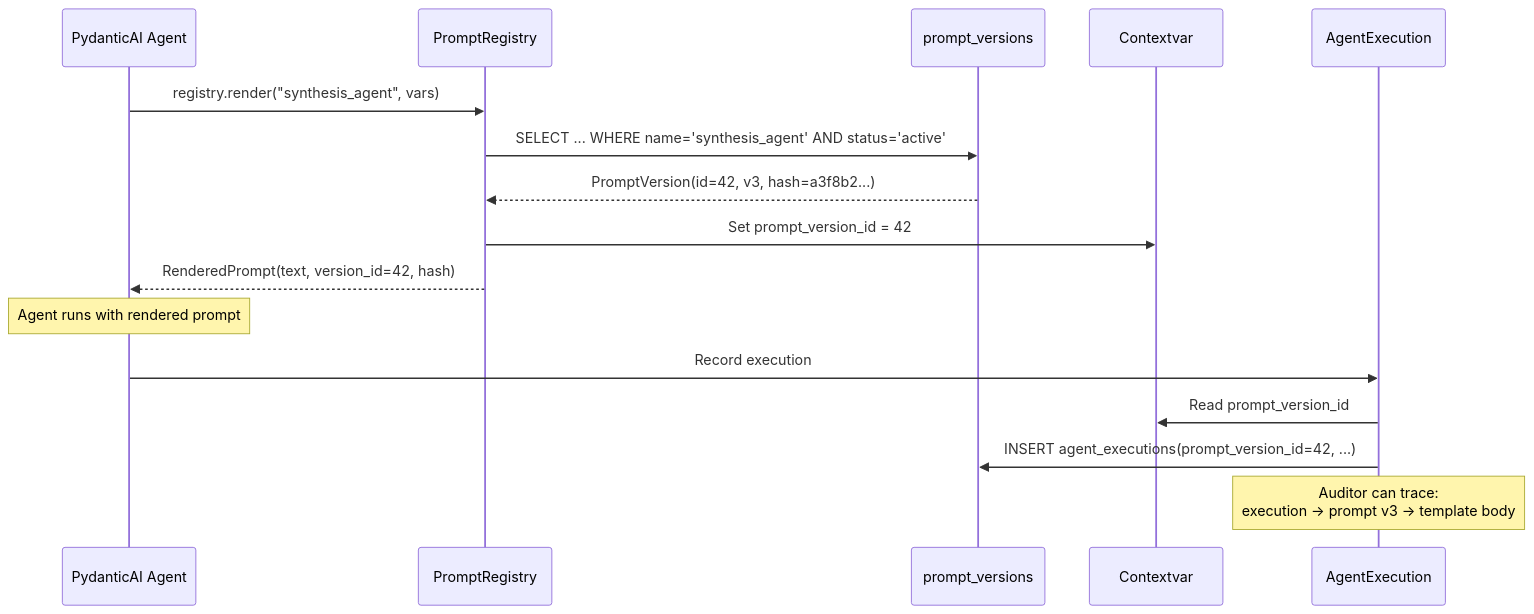
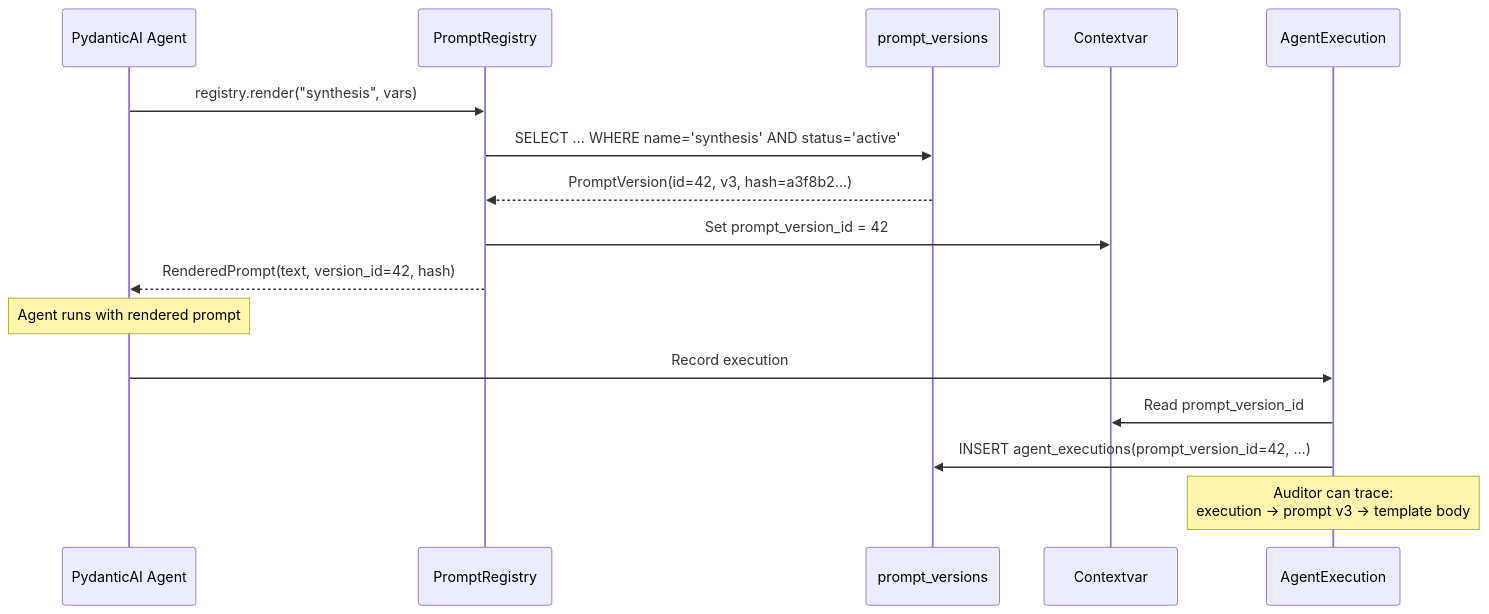
The fourth of 4 diagrams in docs/architecture/prompt-management.md (Tsunami-max/trust-relay-docs), drawn with Mermaid before and after one commit. The commit also changed other lines of this file and 177 other files, not shown here.

````diff
--- a/docs/architecture/prompt-management.md
+++ b/docs/architecture/prompt-management.md
@@ -149,22 +169,22 @@
 ```mermaid
 sequenceDiagram
     participant Agent as PydanticAI Agent
     participant Reg as PromptRegistry
     participant DB as prompt_versions
     participant CV as Contextvar
     participant AE as AgentExecution
 
-    Agent->>Reg: registry.render("synthesis_agent", vars)
-    Reg->>DB: SELECT ... WHERE name='synthesis_agent' AND status='active'
+    Agent->>Reg: registry.render("synthesis", vars)
+    Reg->>DB: SELECT ... WHERE name='synthesis' AND status='active'
     DB-->>Reg: PromptVersion(id=42, v3, hash=a3f8b2...)
     Reg->>CV: Set prompt_version_id = 42
     Reg-->>Agent: RenderedPrompt(text, version_id=42, hash)
 
     Note over Agent: Agent runs with rendered prompt
 
     Agent->>AE: Record execution
     AE->>CV: Read prompt_version_id
     AE->>DB: INSERT agent_executions(prompt_version_id=42, ...)
 
     Note over AE: Auditor can trace:<br/>execution → prompt v3 → template body
 ```
````
